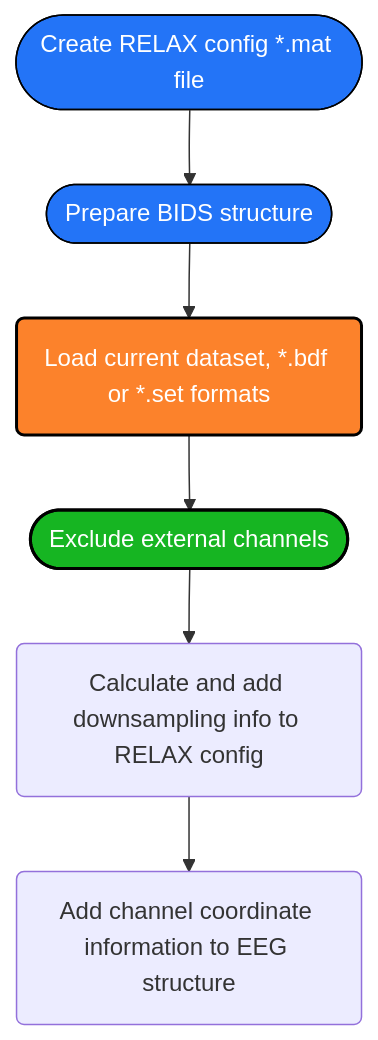
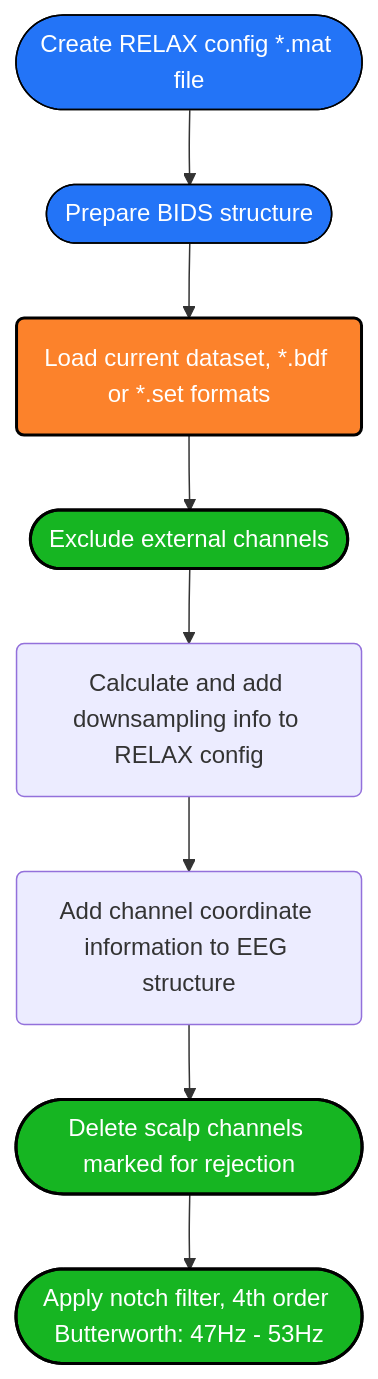
Before and after one commit to deebeebolger/Project_CeLaVie: the diagram in Pipeline_Datafow_Chart.md, drawn with Mermaid.

Commit message:
Add ScalpRej and Notch steps to dataflow chart

````diff
--- a/Pipeline_Datafow_Chart.md
+++ b/Pipeline_Datafow_Chart.md
@@ -1,29 +1,32 @@
 ```mermaid
 flowchart TD
 %% Colors %%
 
 classDef blue fill:#2374f7, stroke:#000, stroke-width: px, color:#fff
 classDef orange fill:#fc822b,stroke:#000,stroke-width:2px,color:#fff
 classDef green fill:#16b522,stroke:#000,stroke-width:2px,color:#fff
 classDef mintgreen fill:#4DAB9A,stroke:#000,stroke-width:2px,color:#fff
 classDef mandarine fill:#FFA344,stroke:#000,stroke-width:2px,color:#fff
 classDef aubergine fill:#9A6DD7,stroke:#000,stroke-width:2px,color:#fff
 classDef red fill:#D44C47,stroke:#000,stroke-width:2px,color:#fff
 classDef grey fill:#979A9B,stroke:#000,stroke-width:2px,color:#fff
 
 
 Config([Create RELAX config *.mat file]):::blue -->
 BIDS([Prepare BIDS structure]):::blue
 click Config "https://github.com/deebeebolger/Project_CeLaVie/blob/main/DataflowChart_pages/Create_RELAX_conf_file.md" "Link"
 click BIDS "https://github.com/deebeebolger/Project_CeLaVie/blob/main/DataflowChart_pages/BIDS_structure.md" "Link"
 BIDS --> Ld(Load current dataset, *.bdf or *.set formats):::orange
 --> EXRej([Exclude external channels]):::green
 click EXRej "https://github.com/deebeebolger/Project_CeLaVie/blob/main/DataflowChart_pages/Exclude_external_chans.md" _blank
 EXRej --> AddRS(Calculate and add downsampling info to RELAX config)
 click AddRS "https://github.com/deebeebolger/Project_CeLaVie/blob/main/DataflowChart_pages/Downsampling.md" "Link"
 AddRS --> AddChan(Add channel coordinate information to EEG structure)
 click AddChan "https://github.com/deebeebolger/Project_CeLaVie/blob/main/DataflowChart_pages/Add_Channels_coordinates.md" "Link"
+AddChan --> ScalpRej([Delete scalp channels marked for rejection]):::green
+ScalpRej --> Notch([Apply notch filter, 4th order Butterworth: 47Hz - 53Hz]):::green
+
 
 
 
 ```
````
